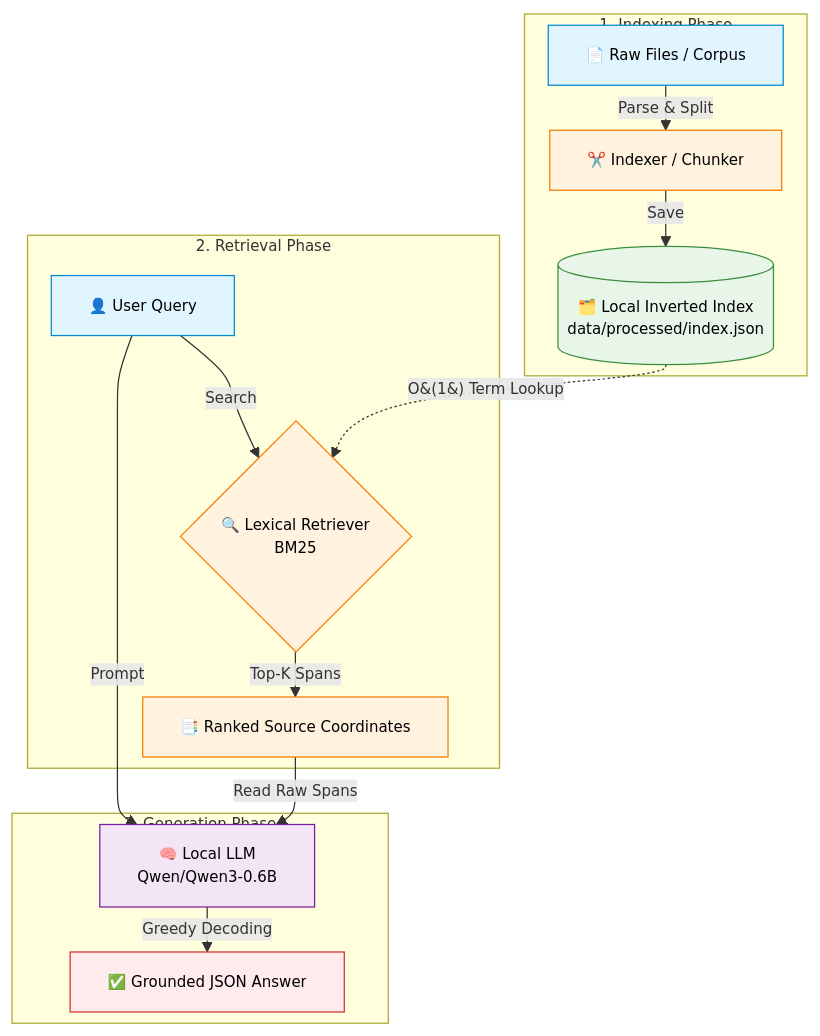
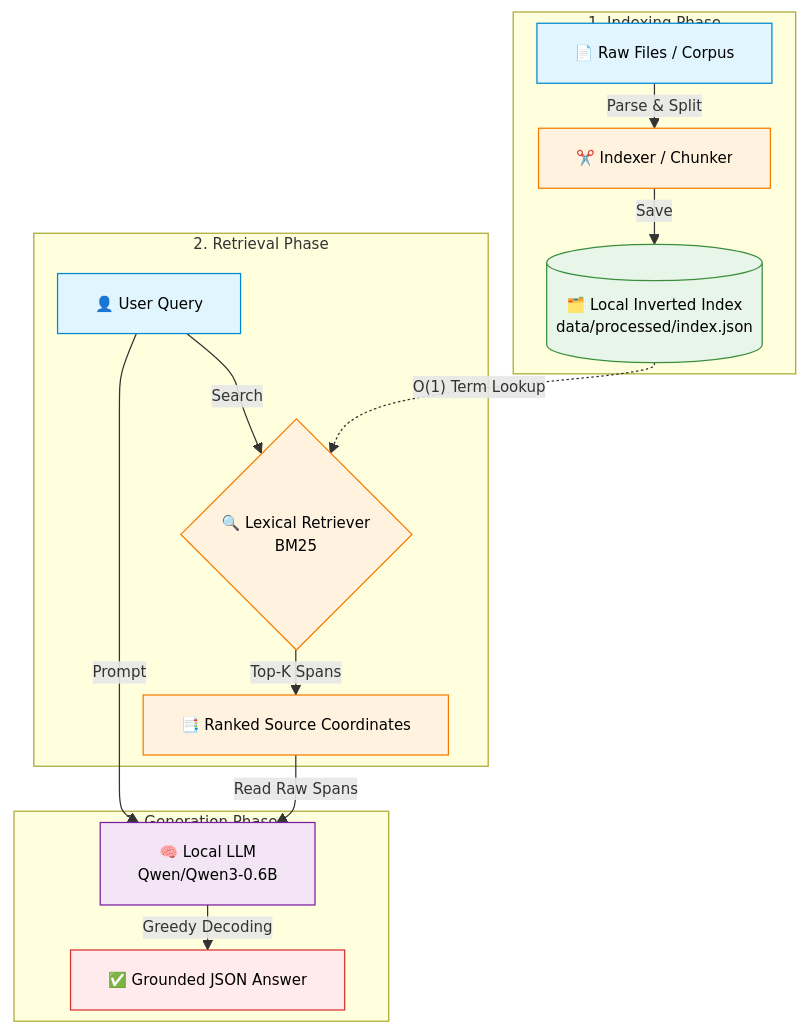
One commit to Ahmadalameri-0/RAG_against_the_machine changed the diagram in README.md. Above: the diagram before and after it, drawn with Mermaid. The commit also changed other lines of this file, not shown here.

````diff
--- a/README.md
+++ b/README.md
@@ -36,29 +36,29 @@
 ```mermaid
 graph TD
 %%{init:{'flowchart': {'nodeSpacing': 18, 'rankSpacing': 18}, 'themeVariables': {'fontSize': '12px'}}}%%
     subgraph Indexing [1. Indexing Phase]
         A[📄 Raw Files / Corpus] -->|Parse & Split| B[✂️ Indexer / Chunker]
         B -->|Save| C[(🗂️ Local Inverted Index <br/> data/processed/index.json)]
     end
 
     subgraph Retrieval [2. Retrieval Phase]
         Q[👤 User Query] -->|Search| D{🔍 Lexical Retriever <br/> BM25}
-        C -.->|O&#40;1&#41; Term Lookup| D
+        C -.->|"O(1) Term Lookup"| D
         D -->|Top-K Spans| E[📑 Ranked Source Coordinates]
     end
 
     subgraph Generation [3. Generation Phase]
         Q -->|Prompt| F[🧠 Local LLM <br/> Qwen/Qwen3-0.6B]
         E -->|Read Raw Spans| F
         F -->|Greedy Decoding| G[✅ Grounded JSON Answer]
     end
 
     style A fill:#e1f5fe,stroke:#0288d1,color:#000
     style B fill:#fff3e0,stroke:#f57c00,color:#000
     style C fill:#e8f5e9,stroke:#388e3c,color:#000
     style Q fill:#e1f5fe,stroke:#0288d1,color:#000
     style D fill:#fff3e0,stroke:#f57c00,color:#000
     style E fill:#fff3e0,stroke:#f57c00,color:#000
     style F fill:#f3e5f5,stroke:#7b1fa2,color:#000
     style G fill:#ffebee,stroke:#d32f2f,color:#000
 ```
````
